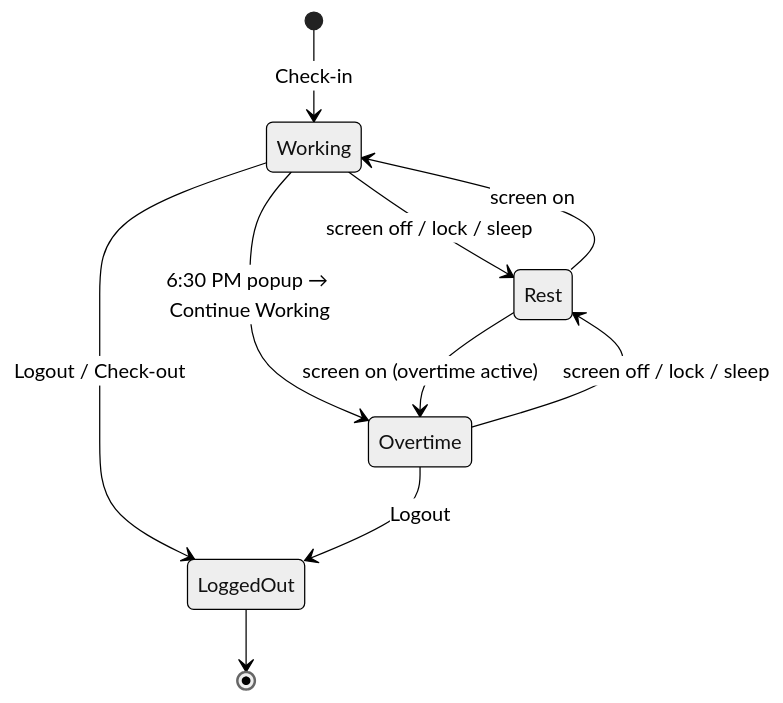
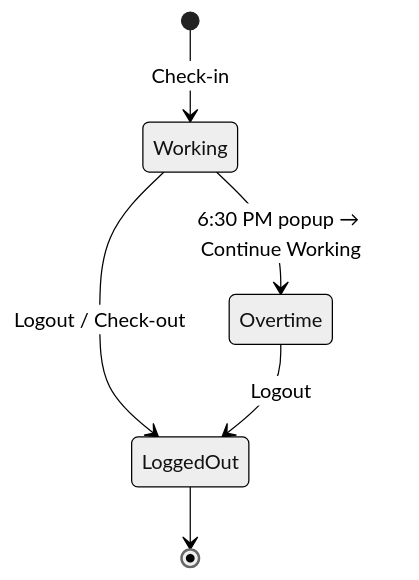
The third of 12 diagrams in README.md (anantha-ctrl/GeoAttendPro), drawn with Mermaid (neutral theme) before and after one commit. The commit also changed other lines of this file and 59 other files, not shown here.

````diff
--- a/README.md
+++ b/README.md
@@ -75,12 +75,8 @@
 ```mermaid
 stateDiagram-v2
   [*] --> Working: Check-in
-  Working --> Rest: screen off / lock / sleep
-  Rest --> Working: screen on
   Working --> Overtime: 6:30 PM popup → Continue Working
-  Overtime --> Rest: screen off / lock / sleep
-  Rest --> Overtime: screen on (overtime active)
   Working --> LoggedOut: Logout / Check-out
   Overtime --> LoggedOut: Logout
   LoggedOut --> [*]
 ```
````
